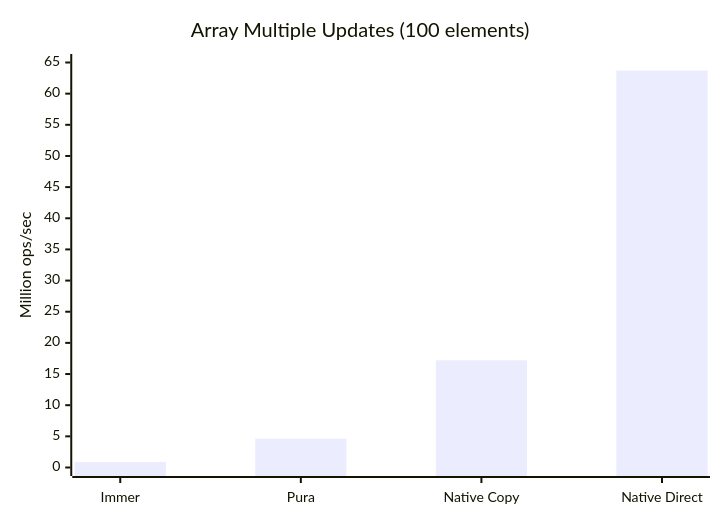
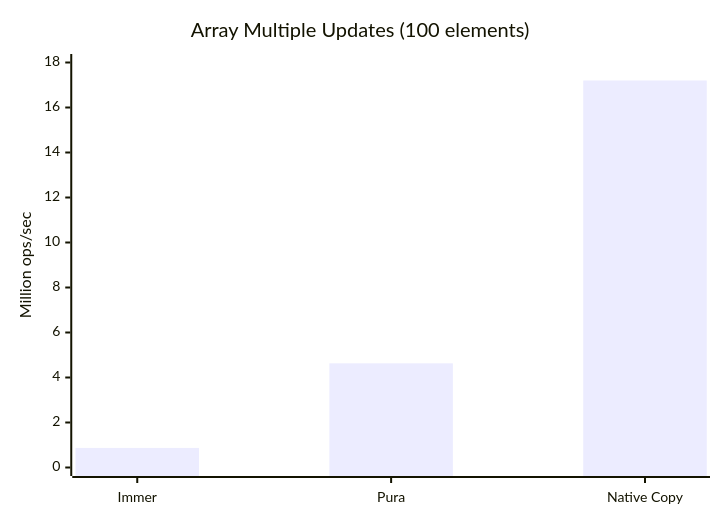
The first of 5 diagrams in README.md (SylphxAI/pura), drawn with Mermaid before and after one commit. The commit also changed other lines of this file, not shown here.

First line of the commit message:
docs(readme): remove Native Direct from charts for clarity

````diff
--- a/README.md
+++ b/README.md
@@ -229,13 +229,13 @@
 ```mermaid
 ---
 config:
   themeVariables:
     xyChart:
       backgroundColor: "transparent"
 ---
 xychart-beta
     title "Array Multiple Updates (100 elements)"
-    x-axis ["Immer", "Pura", "Native Copy", "Native Direct"]
-    y-axis "Million ops/sec" 0 --> 65
-    bar [0.87, 4.63, 17.2, 63.7]
+    x-axis ["Immer", "Pura", "Native Copy"]
+    y-axis "Million ops/sec" 0 --> 18
+    bar [0.87, 4.63, 17.2]
 ```
````
